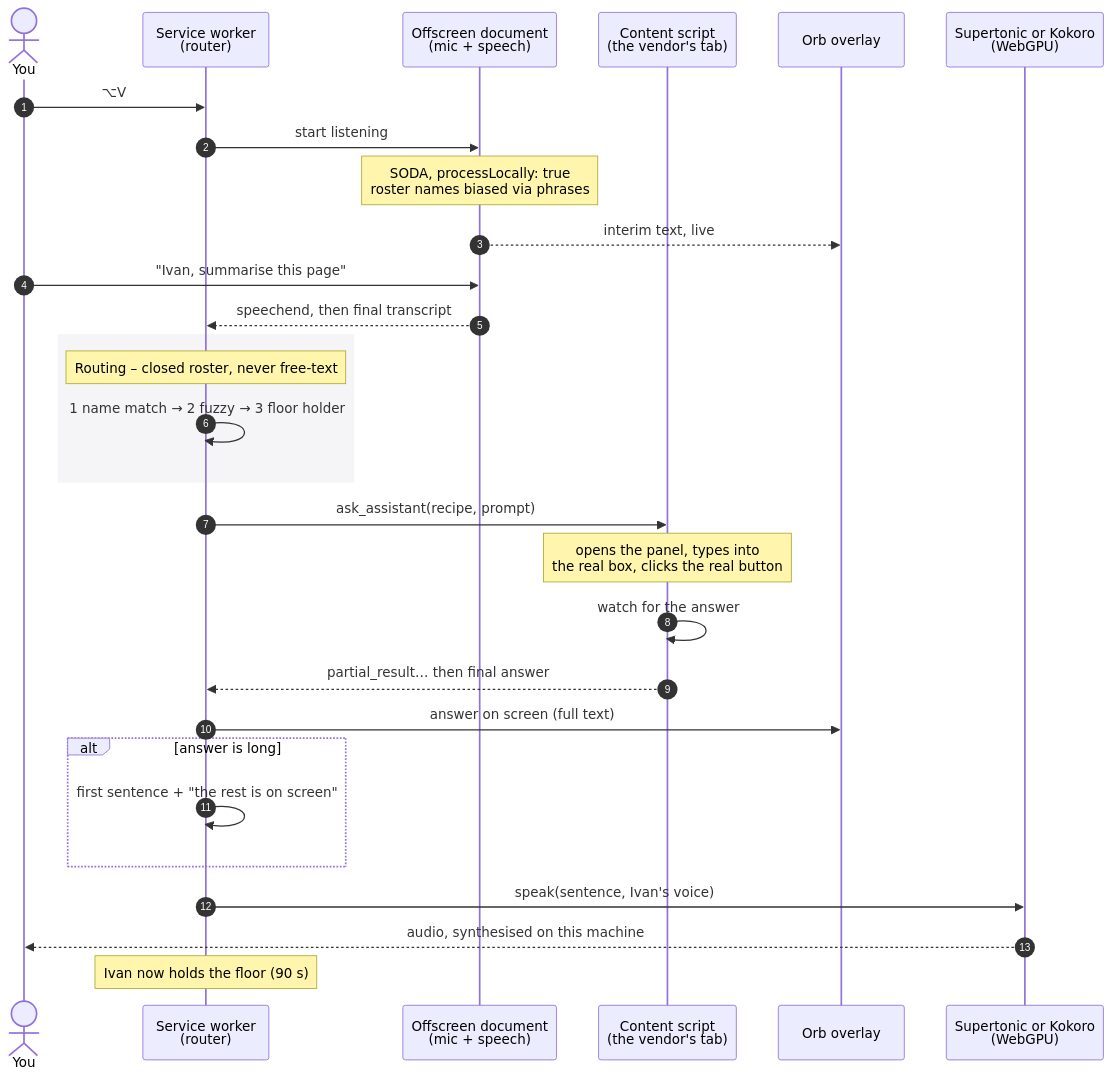
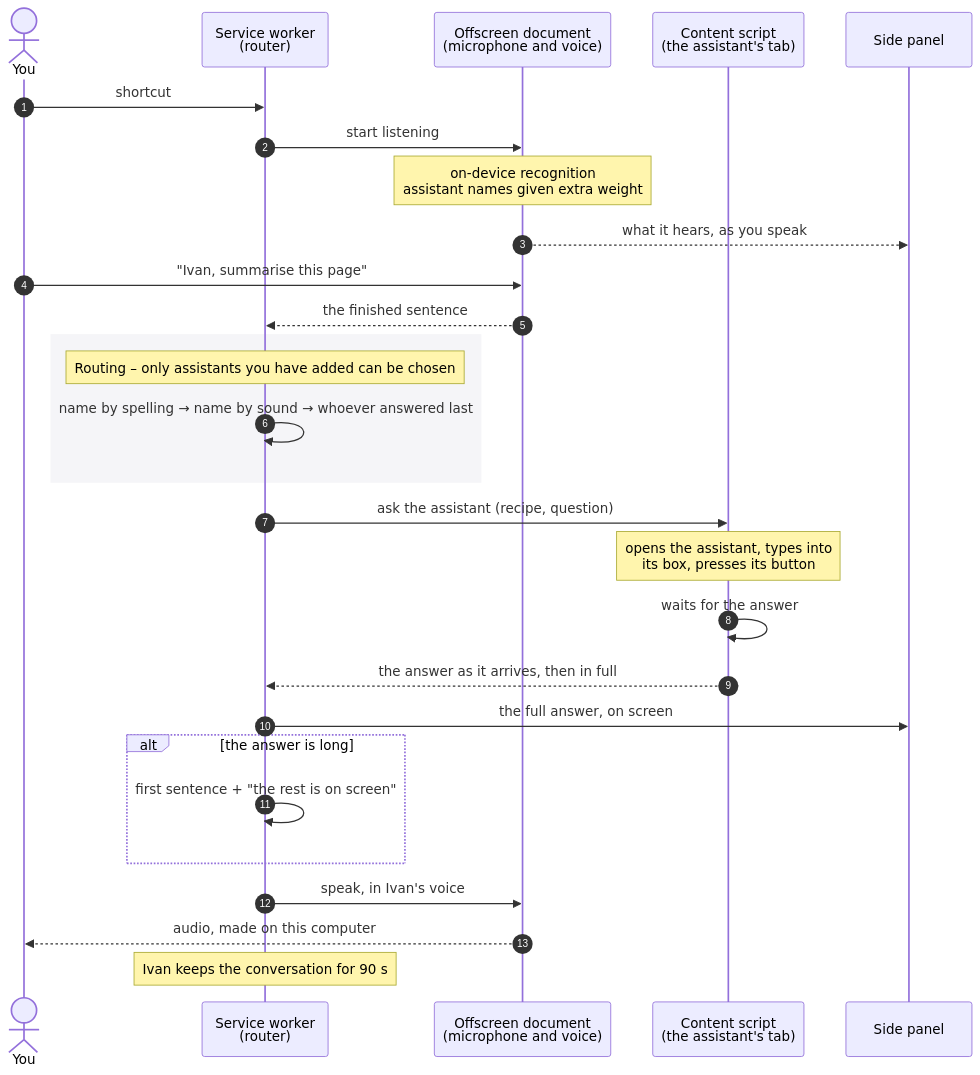
Before and after one commit to openposse-org/openposse-extension: the second of 5 diagrams in README.md, drawn with Mermaid. The commit also changed other lines of this file, not shown here.

Commit message:
wip: the README is rewritten for the extension alone – no Mac app history, the side panel as the main window, routing without the Prompt API, Supertonic and Kokoro side by side, and a warmer tone

````diff
--- a/README.md
+++ b/README.md
@@ -56,36 +209,35 @@
 ```mermaid
 sequenceDiagram
     autonumber
     actor You
     participant SW as Service worker<br/>(router)
-    participant Mic as Offscreen document<br/>(mic + speech)
-    participant CS as Content script<br/>(the vendor's tab)
-    participant Orb as Orb overlay
-    participant K as Supertonic or Kokoro<br/>(WebGPU)
+    participant Mic as Offscreen document<br/>(microphone and voice)
+    participant CS as Content script<br/>(the assistant's tab)
+    participant Panel as Side panel
 
-    You->>SW: ⌥V
+    You->>SW: shortcut
     SW->>Mic: start listening
-    Note over Mic: SODA, processLocally: true<br/>roster names biased via phrases
-    Mic-->>Orb: interim text, live
+    Note over Mic: on-device recognition<br/>assistant names given extra weight
+    Mic-->>Panel: what it hears, as you speak
     You->>Mic: "Ivan, summarise this page"
-    Mic-->>SW: speechend, then final transcript
+    Mic-->>SW: the finished sentence
 
     rect rgb(245,245,248)
-    Note over SW: Routing – closed roster, never free-text
-    SW->>SW: 1 name match → 2 fuzzy → 3 floor holder
+    Note over SW: Routing – only assistants you have added can be chosen
+    SW->>SW: name by spelling → name by sound → whoever answered last
     end
 
-    SW->>CS: ask_assistant(recipe, prompt)
-    Note over CS: opens the panel, types into<br/>the real box, clicks the real button
-    CS->>CS: watch for the answer
-    CS-->>SW: partial_result… then final answer
-    SW->>Orb: answer on screen (full text)
+    SW->>CS: ask the assistant (recipe, question)
+    Note over CS: opens the assistant, types into<br/>its box, presses its button
+    CS->>CS: waits for the answer
+    CS-->>SW: the answer as it arrives, then in full
+    SW->>Panel: the full answer, on screen
 
-    alt answer is long
+    alt the answer is long
         SW->>SW: first sentence + "the rest is on screen"
     end
 
-    SW->>K: speak(sentence, Ivan's voice)
-    K-->>You: audio, synthesised on this machine
-    Note over SW: Ivan now holds the floor (90 s)
+    SW->>Mic: speak, in Ivan's voice
+    Mic-->>You: audio, made on this computer
+    Note over SW: Ivan keeps the conversation for 90 s
 ```
````
